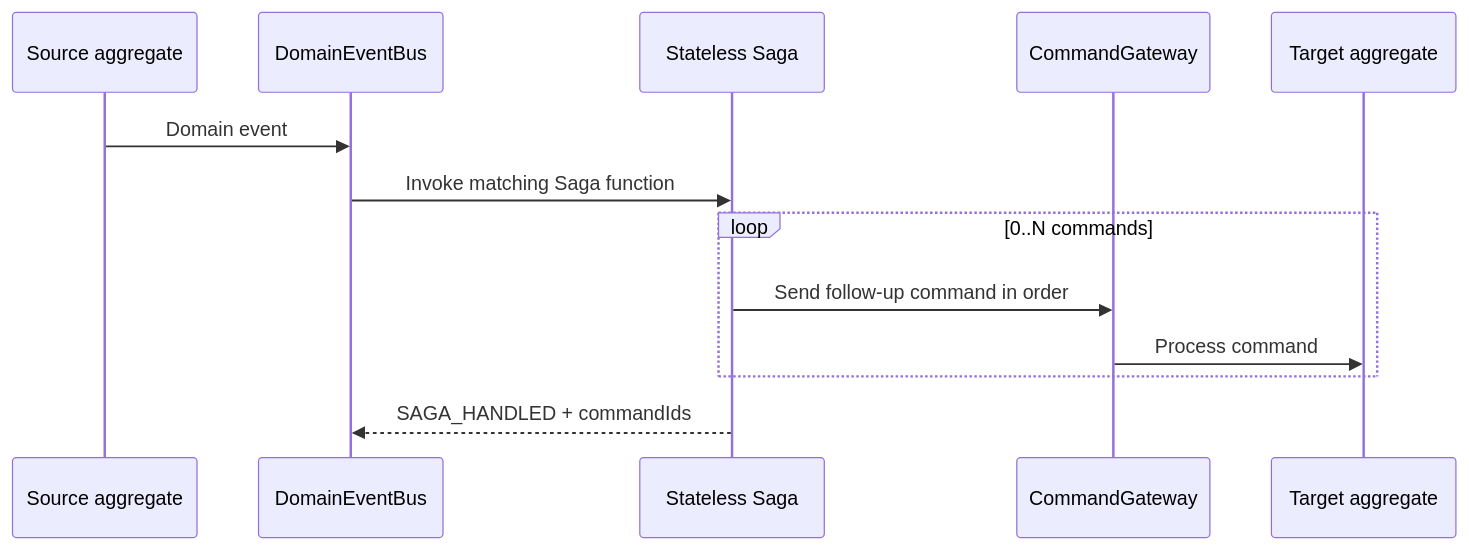
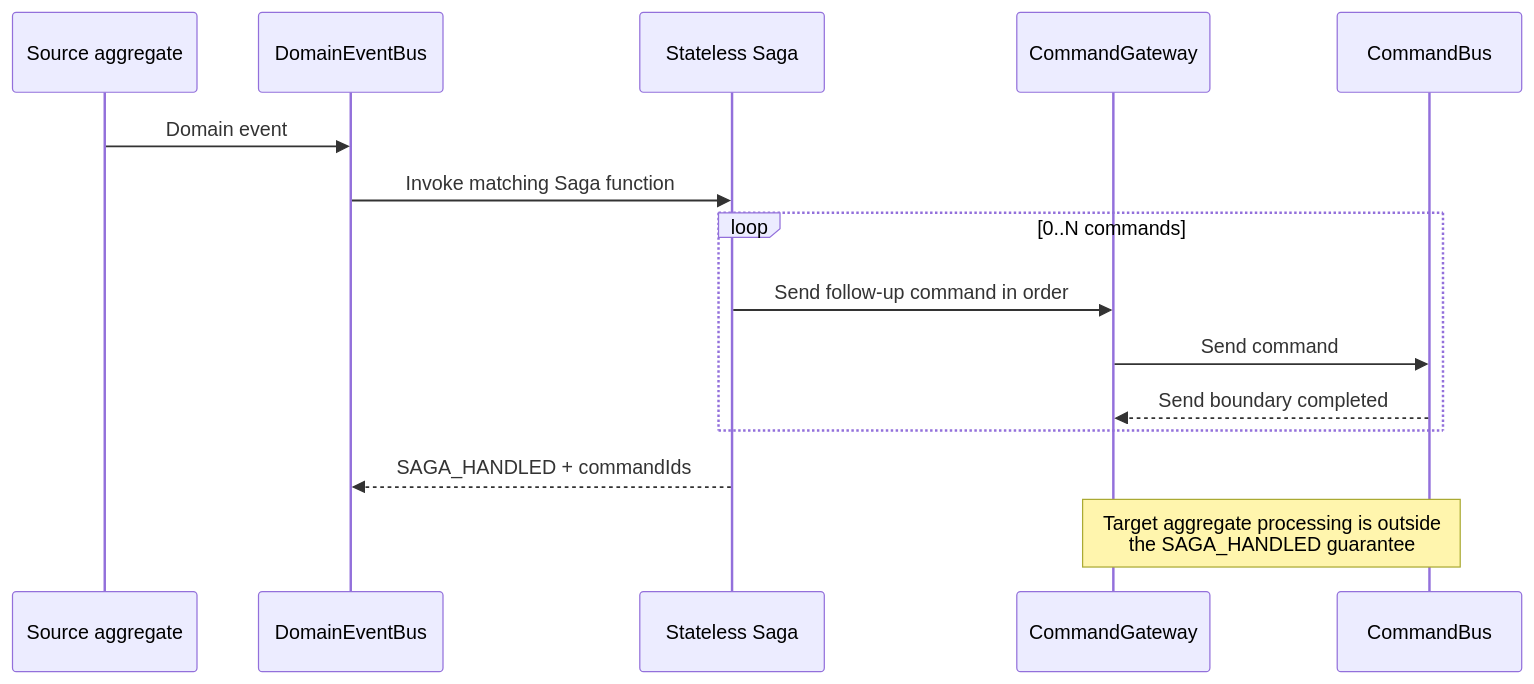
The diagram in documentation/docs/en/guide/event/saga.md (Ahoo-Wang/Wow), drawn with Mermaid before and after one commit. The commit also changed 3 other files, not shown here.

Commit message:
docs: correct event diagram boundaries

````diff
--- a/documentation/docs/en/guide/event/saga.md
+++ b/documentation/docs/en/guide/event/saga.md
@@ -13,15 +13,17 @@
 ```mermaid
 sequenceDiagram
     participant Source as Source aggregate
     participant EventBus as DomainEventBus
     participant Saga as Stateless Saga
     participant Gateway as CommandGateway
-    participant Target as Target aggregate
+    participant CommandBus as CommandBus
     Source->>EventBus: Domain event
     EventBus->>Saga: Invoke matching Saga function
     loop 0..N commands
         Saga->>Gateway: Send follow-up command in order
-        Gateway->>Target: Process command
+        Gateway->>CommandBus: Send command
+        CommandBus-->>Gateway: Send boundary completed
     end
     Saga-->>EventBus: SAGA_HANDLED + commandIds
+    Note over Gateway,CommandBus: Target aggregate processing is outside<br/>the SAGA_HANDLED guarantee
 ```
````
